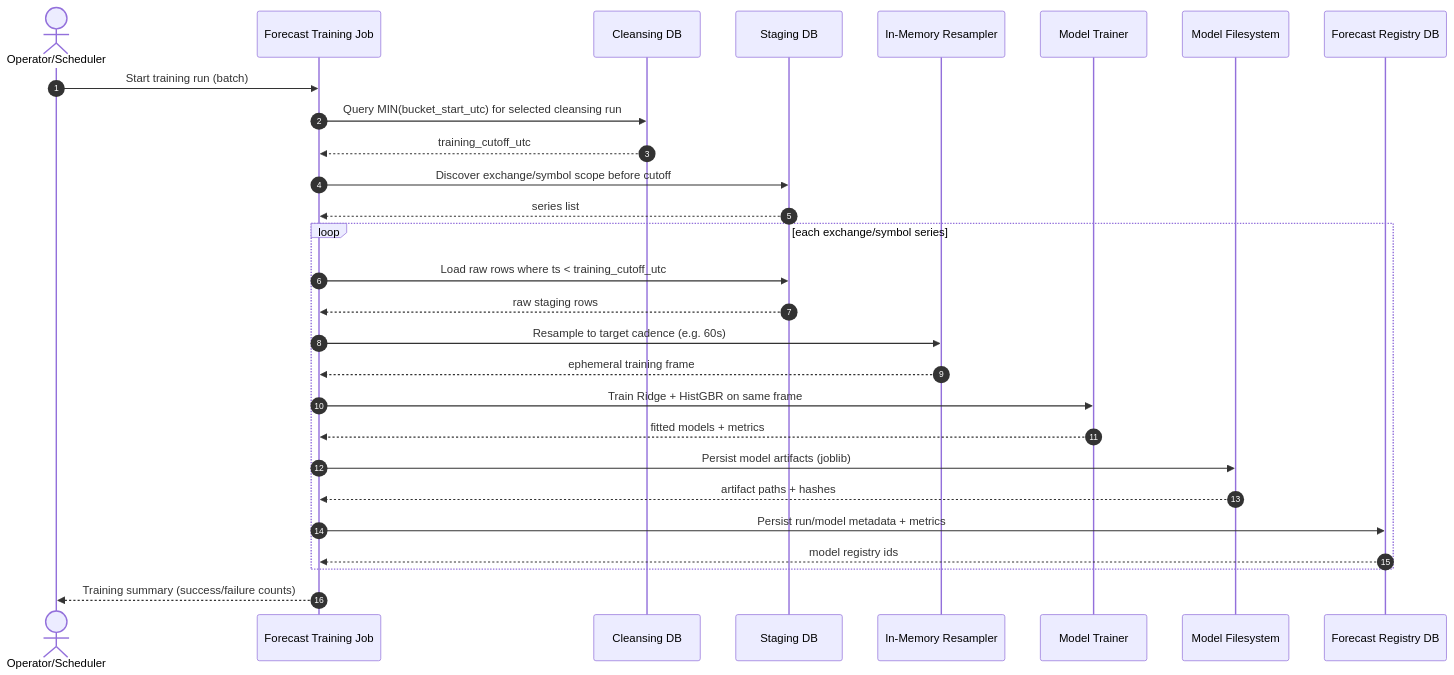
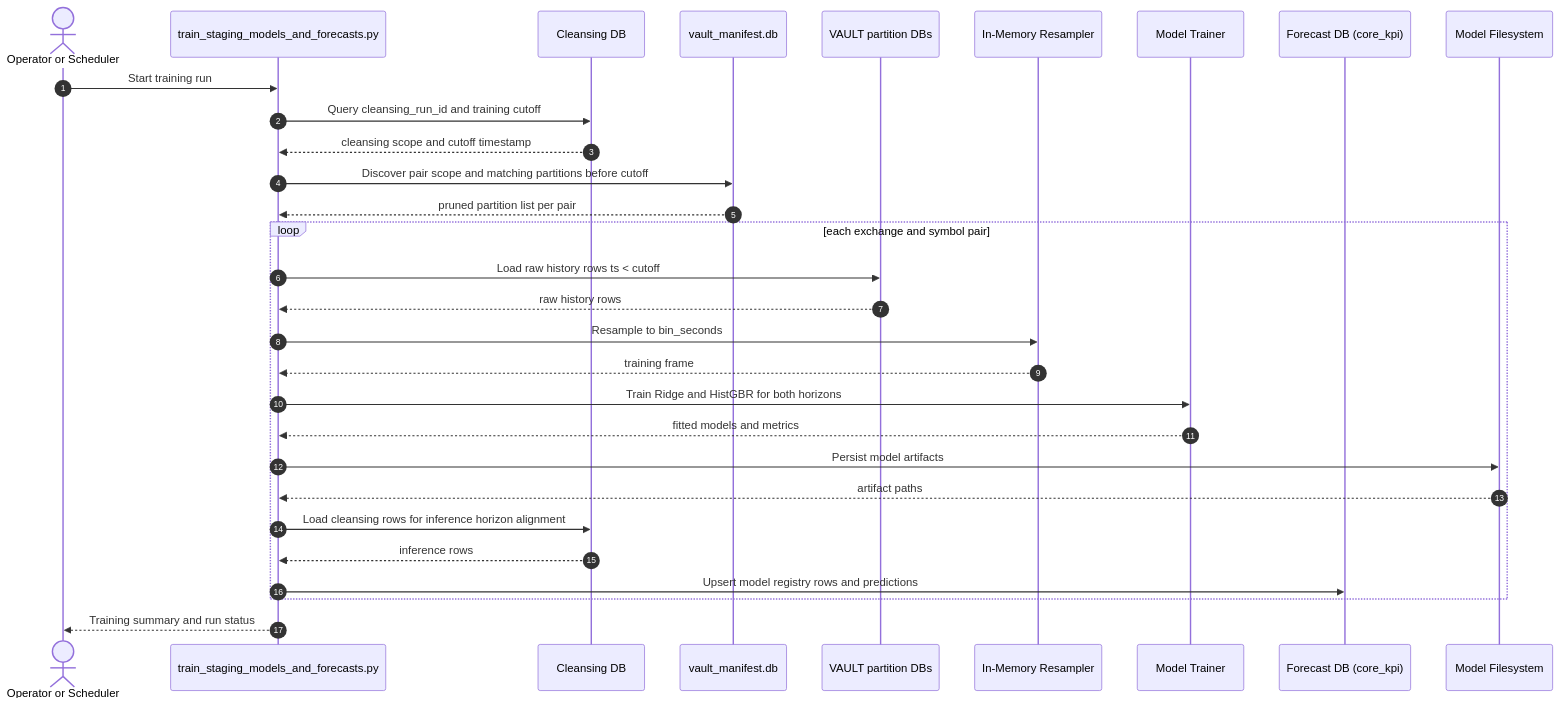
The diagram in diagrams/6_forecasting/uml_sequence_forecasting_staging_cutoff_training.mmd (laiki/crypto_DWH), drawn with Mermaid before and after one commit. The commit also changed 172 other files, not shown here.

Commit message:
implementation of the new architecture

```diff
--- a/diagrams/6_forecasting/uml_sequence_forecasting_staging_cutoff_training.mmd
+++ b/diagrams/6_forecasting/uml_sequence_forecasting_staging_cutoff_training.mmd
@@ -1,31 +1,33 @@
 sequenceDiagram
     autonumber
-    actor OP as Operator/Scheduler
-    participant JOB as Forecast Training Job
+    actor OP as Operator or Scheduler
+    participant JOB as train_staging_models_and_forecasts.py
     participant CDB as Cleansing DB
-    participant SDB as Staging DB
+    participant MAN as vault_manifest.db
+    participant PART as VAULT partition DBs
     participant RES as In-Memory Resampler
     participant TRN as Model Trainer
+    participant CORE as Forecast DB (core_kpi)
     participant FS as Model Filesystem
-    participant REG as Forecast Registry DB
 
-    OP->>JOB: Start training run (batch)
-    JOB->>CDB: Query MIN(bucket_start_utc) for selected cleansing run
-    CDB-->>JOB: training_cutoff_utc
-    JOB->>SDB: Discover exchange/symbol scope before cutoff
-    SDB-->>JOB: series list
+    OP->>JOB: Start training run
+    JOB->>CDB: Query cleansing_run_id and training cutoff
+    CDB-->>JOB: cleansing scope and cutoff timestamp
+    JOB->>MAN: Discover pair scope and matching partitions before cutoff
+    MAN-->>JOB: pruned partition list per pair
 
-    loop each exchange/symbol series
-        JOB->>SDB: Load raw rows where ts < training_cutoff_utc
-        SDB-->>JOB: raw staging rows
-        JOB->>RES: Resample to target cadence (e.g. 60s)
-        RES-->>JOB: ephemeral training frame
-        JOB->>TRN: Train Ridge + HistGBR on same frame
-        TRN-->>JOB: fitted models + metrics
-        JOB->>FS: Persist model artifacts (joblib)
-        FS-->>JOB: artifact paths + hashes
-        JOB->>REG: Persist run/model metadata + metrics
-        REG-->>JOB: model registry ids
+    loop each exchange and symbol pair
+        JOB->>PART: Load raw history rows ts < cutoff
+        PART-->>JOB: raw history rows
+        JOB->>RES: Resample to bin_seconds
+        RES-->>JOB: training frame
+        JOB->>TRN: Train Ridge and HistGBR for both horizons
+        TRN-->>JOB: fitted models and metrics
+        JOB->>FS: Persist model artifacts
+        FS-->>JOB: artifact paths
+        JOB->>CDB: Load cleansing rows for inference horizon alignment
+        CDB-->>JOB: inference rows
+        JOB->>CORE: Upsert model registry rows and predictions
     end
 
-    JOB-->>OP: Training summary (success/failure counts)
+    JOB-->>OP: Training summary and run status
```
